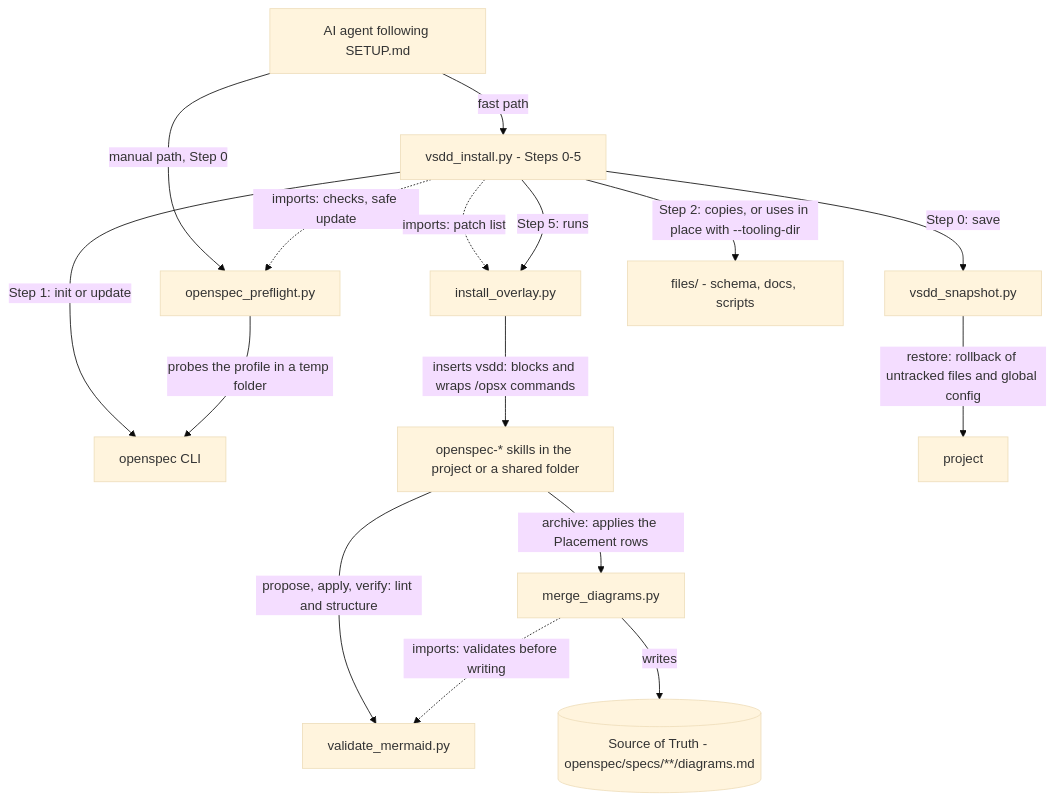
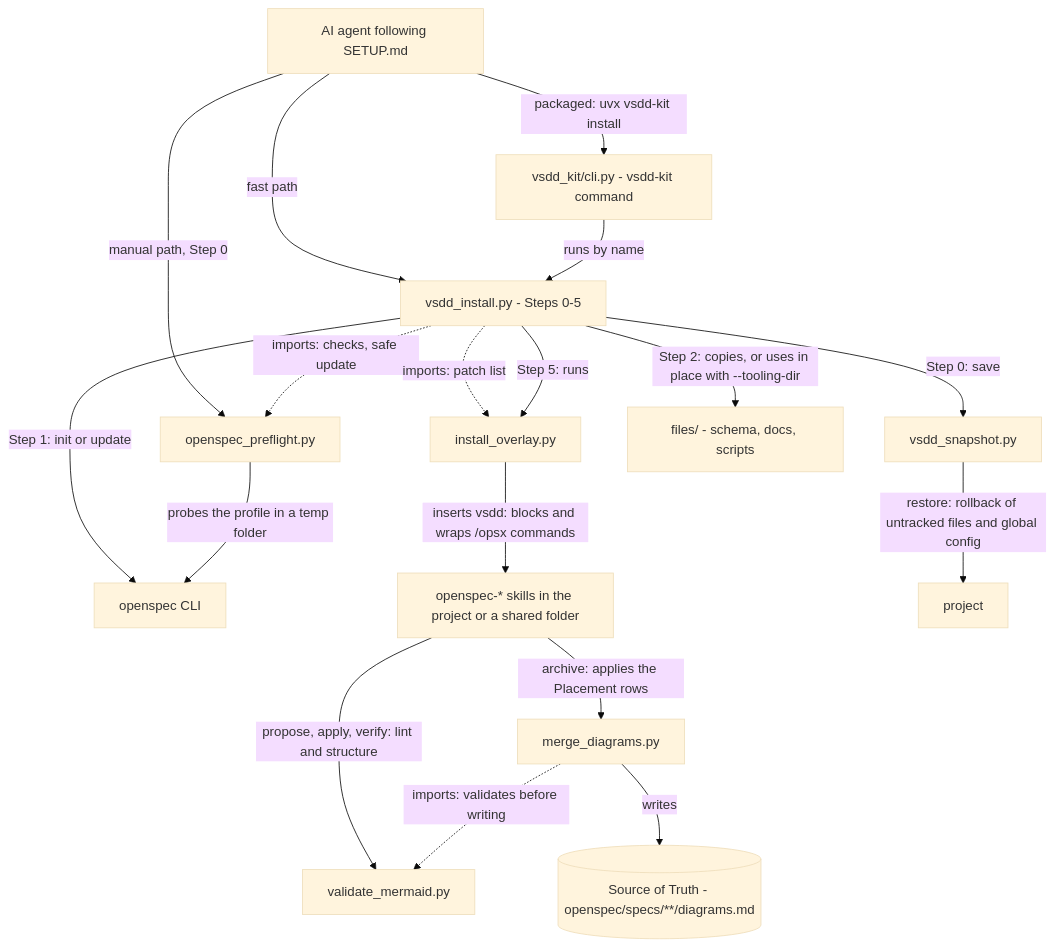
Before and after one commit to joecrowley/vsdd-kit: the diagram in docs/ARCHITECTURE.md, drawn with Mermaid (base theme). The commit also changed other lines of this file and 11 other files, not shown here.

First line of the commit message:
feat: package the kit as a `vsdd-kit` command (uvx / pipx) (#3)

````diff
--- a/docs/ARCHITECTURE.md
+++ b/docs/ARCHITECTURE.md
@@ -13,18 +13,20 @@
 ```mermaid
 flowchart TD
     AGENT["AI agent following SETUP.md"] -->|"fast path"| INST["vsdd_install.py - Steps 0-5"]
+    AGENT -->|"packaged: uvx vsdd-kit install"| PKG["vsdd_kit/cli.py - vsdd-kit command"]
+    PKG -->|"runs by name"| INST
     AGENT -->|"manual path, Step 0"| PRE["openspec_preflight.py"]
     INST -.->|"imports: checks, safe update"| PRE
     INST -.->|"imports: patch list"| OVL["install_overlay.py"]
     INST -->|"Step 0: save"| SNAP["vsdd_snapshot.py"]
     INST -->|"Step 1: init or update"| CLI["openspec CLI"]
     PRE -->|"probes the profile in a temp folder"| CLI
     INST -->|"Step 2: copies, or uses in place with --tooling-dir"| KIT["files/ - schema, docs, scripts"]
     INST -->|"Step 5: runs"| OVL
     OVL -->|"inserts vsdd: blocks and wraps /opsx commands"| SKILLS["openspec-* skills in the project or a shared folder"]
     SKILLS -->|"propose, apply, verify: lint and structure"| VAL["validate_mermaid.py"]
     SKILLS -->|"archive: applies the Placement rows"| MERGE["merge_diagrams.py"]
     MERGE -.->|"imports: validates before writing"| VAL
     MERGE -->|"writes"| SOT[("Source of Truth - openspec/specs/**/diagrams.md")]
     SNAP -->|"restore: rollback of untracked files and global config"| PROJ["project"]
 ```
````
